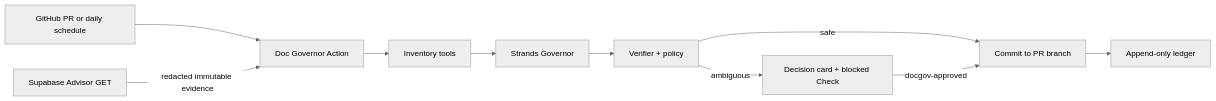
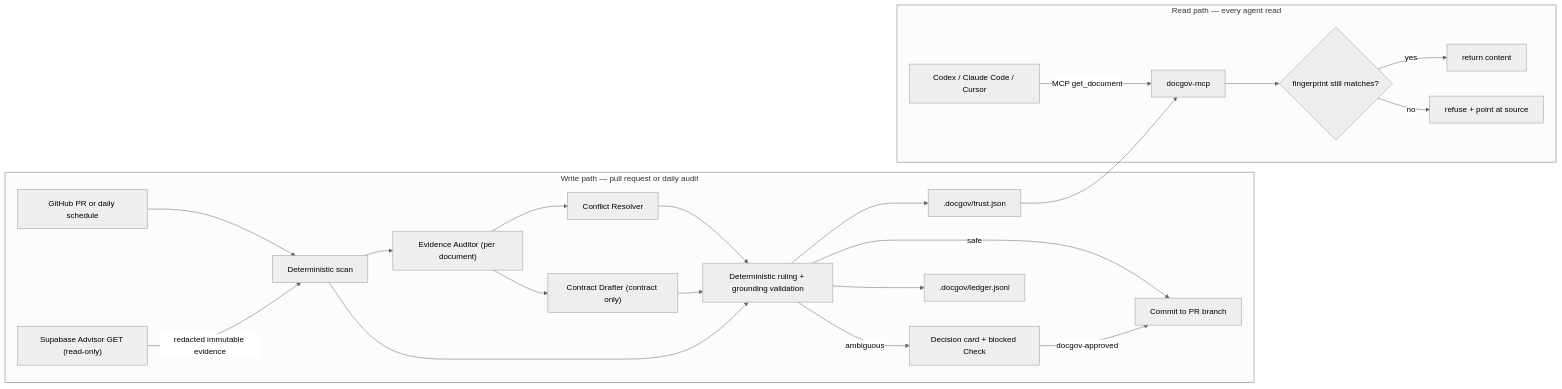
The diagram in README.md (SophieYu04/doc-governor), drawn with Mermaid (neutral theme) before and after one commit. The commit also changed other lines of this file and 27 other files, not shown here.

First line of the commit message:
feat: trusted document supply via MCP (#3)

````diff
--- a/README.md
+++ b/README.md
@@ -134,12 +312,25 @@
 ```mermaid
 flowchart LR
-  A["GitHub PR or daily schedule"] --> B["Doc Governor Action"]
-  S["Supabase Advisor GET"] -->|"redacted immutable evidence"| B
-  B --> C["Inventory tools"]
-  C --> D["Strands Governor"]
-  D --> E["Verifier + policy"]
-  E -->|"safe"| F["Commit to PR branch"]
-  E -->|"ambiguous"| G["Decision card + blocked Check"]
-  G -->|"docgov-approved"| F
-  F --> H["Append-only ledger"]
+  subgraph WRITE["Write path — pull request or daily audit"]
+    A["GitHub PR or daily schedule"] --> B["Deterministic scan"]
+    S["Supabase Advisor GET (read-only)"] -->|"redacted immutable evidence"| B
+    B --> G1["Evidence Auditor (per document)"]
+    G1 --> G2["Conflict Resolver"]
+    G1 --> G3["Contract Drafter (contract only)"]
+    G2 --> E["Deterministic ruling + grounding validation"]
+    G3 --> E
+    B --> E
+    E -->|"safe"| F["Commit to PR branch"]
+    E -->|"ambiguous"| DC["Decision card + blocked Check"]
+    DC -->|"docgov-approved"| F
+    E --> TJ[".docgov/trust.json"]
+    E --> H[".docgov/ledger.jsonl"]
+  end
+  subgraph READ["Read path — every agent read"]
+    X["Codex / Claude Code / Cursor"] -->|"MCP get_document"| M["docgov-mcp"]
+    TJ --> M
+    M --> RC{"fingerprint still matches?"}
+    RC -->|"yes"| OK["return content"]
+    RC -->|"no"| NO["refuse + point at source"]
+  end
 ```
````
